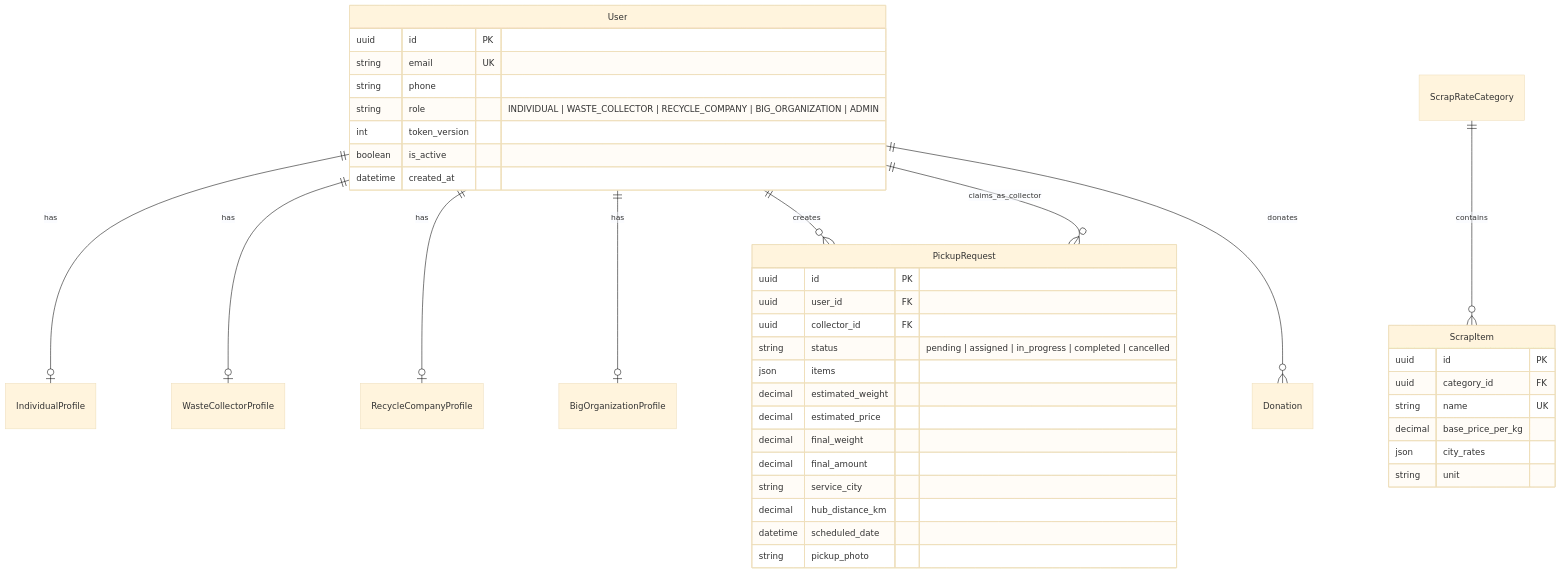
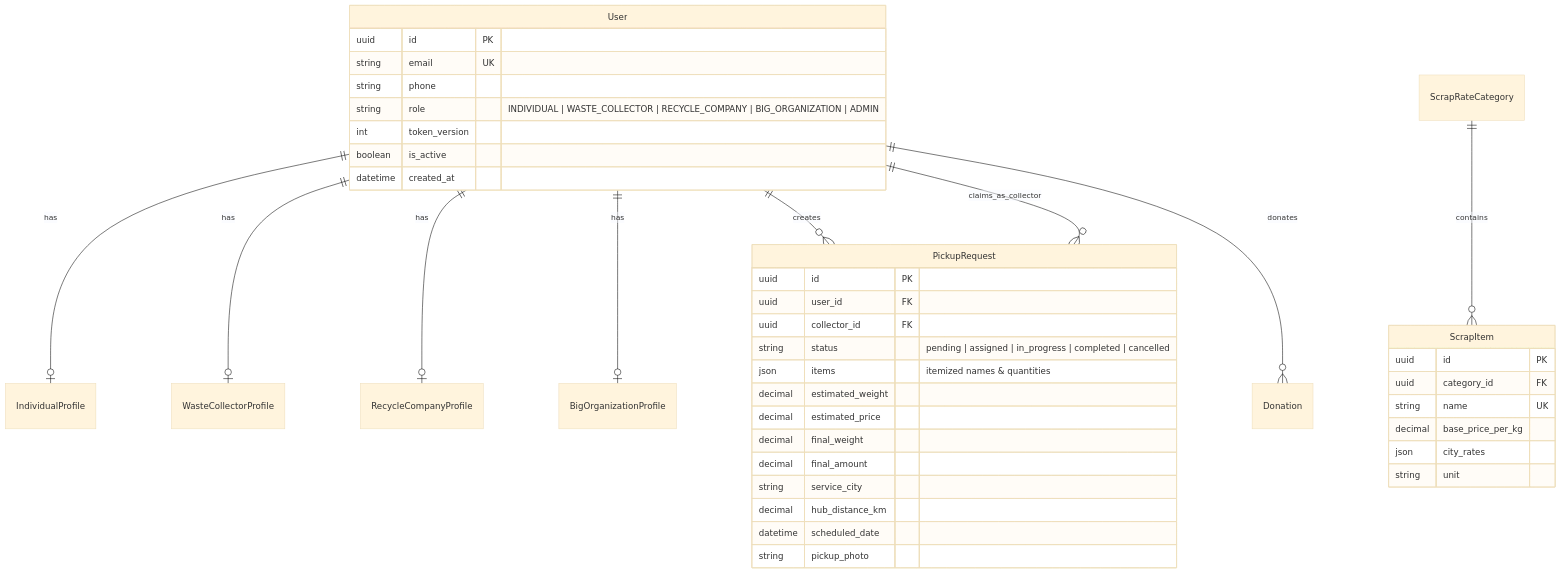
One commit to Praj-0417/ScrapSaathi-Django changed the second of 2 diagrams in README.md. Above: the diagram before and after it, drawn with Mermaid (base theme). The commit also changed other lines of this file, not shown here.

Commit message:
docs: update README with native Django architecture and comprehensive Mermaid HLD

````diff
--- a/README.md
+++ b/README.md
@@ -92,46 +156,46 @@
 ```mermaid
 erDiagram
     User ||--o| IndividualProfile : has
     User ||--o| WasteCollectorProfile : has
     User ||--o| RecycleCompanyProfile : has
     User ||--o| BigOrganizationProfile : has
     User ||--o{ PickupRequest : creates
     User ||--o{ PickupRequest : claims_as_collector
     User ||--o{ Donation : donates
     ScrapRateCategory ||--o{ ScrapItem : contains
 
     User {
         uuid id PK
         string email UK
         string phone
         string role "INDIVIDUAL | WASTE_COLLECTOR | RECYCLE_COMPANY | BIG_ORGANIZATION | ADMIN"
         int token_version
         boolean is_active
         datetime created_at
     }
 
     PickupRequest {
         uuid id PK
         uuid user_id FK
         uuid collector_id FK
         string status "pending | assigned | in_progress | completed | cancelled"
-        json items
+        json items "itemized names & quantities"
         decimal estimated_weight
         decimal estimated_price
         decimal final_weight
         decimal final_amount
         string service_city
         decimal hub_distance_km
         datetime scheduled_date
         string pickup_photo
     }
 
     ScrapItem {
         uuid id PK
         uuid category_id FK
         string name UK
         decimal base_price_per_kg
         json city_rates
         string unit
     }
 ```
````
